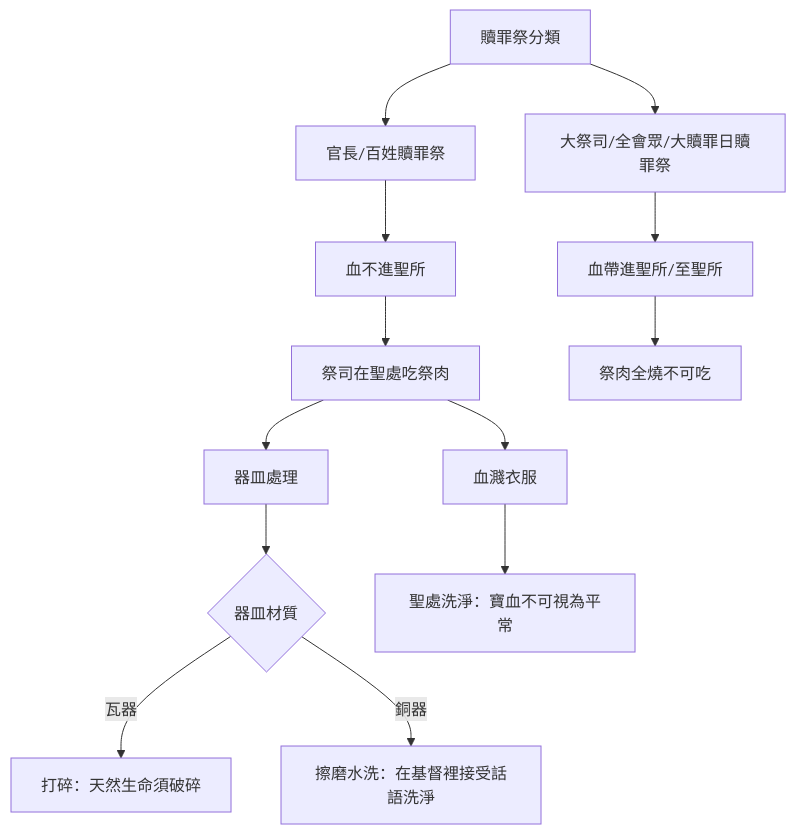
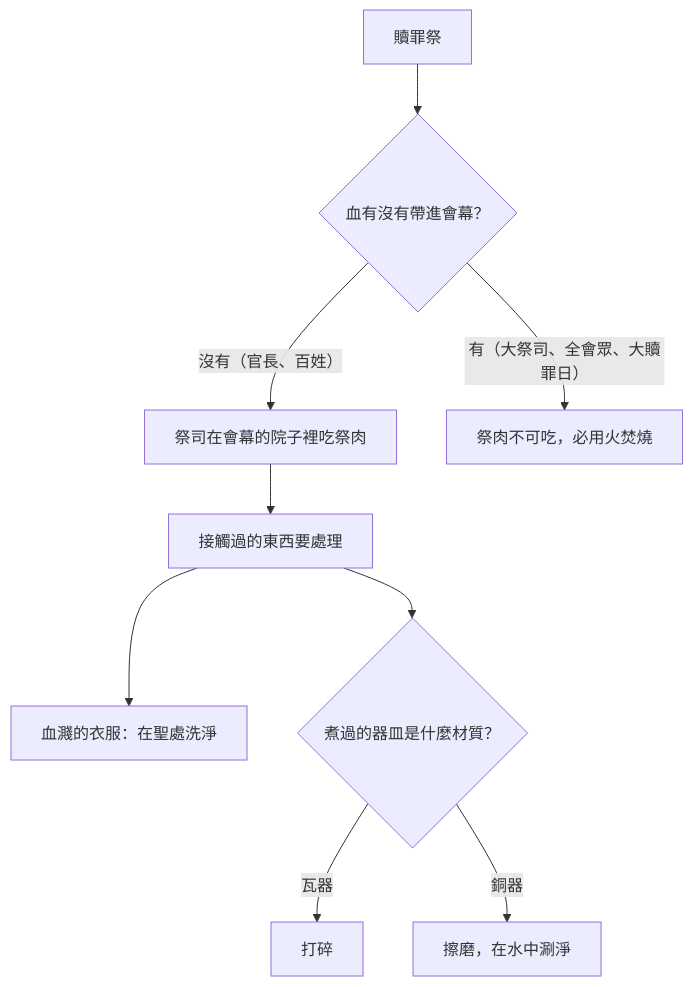
The third of 3 diagrams in content/03 利未記/第6章.md (andyjr5566/Bible_wiki_zh_website), drawn with Mermaid before and after one commit. The commit also changed other lines of this file and 998 other files, not shown here.

````diff
--- a/content/03 利未記/第6章.md
+++ b/content/03 利未記/第6章.md
@@ -175,15 +198,11 @@
 ```mermaid
 flowchart TD
-    A[贖罪祭分類] --> B[官長/百姓贖罪祭]
-    A --> C[大祭司/全會眾/大贖罪日贖罪祭]
-    B --> D[血不進聖所]
-    D --> E[祭司在聖處吃祭肉]
-    C --> F[血帶進聖所/至聖所]
-    F --> G[祭肉全燒不可吃]
-    E --> H[器皿處理]
-    H --> I{器皿材質}
-    I -->|瓦器| J[打碎：天然生命須破碎]
-    I -->|銅器| K[擦磨水洗：在基督裡接受話語洗淨]
-    E --> L[血濺衣服]
-    L --> M[聖處洗淨：寶血不可視為平常]
+    A["贖罪祭"] --> B{"血有沒有帶進會幕？"}
+    B -->|"沒有（官長、百姓）"| C["祭司在會幕的院子裡吃祭肉"]
+    B -->|"有（大祭司、全會眾、大贖罪日）"| D["祭肉不可吃，必用火焚燒"]
+    C --> E["接觸過的東西要處理"]
+    E --> F["血濺的衣服：在聖處洗淨"]
+    E --> G{"煮過的器皿是什麼材質？"}
+    G -->|"瓦器"| H["打碎"]
+    G -->|"銅器"| I["擦磨，在水中涮淨"]
 ```
````
